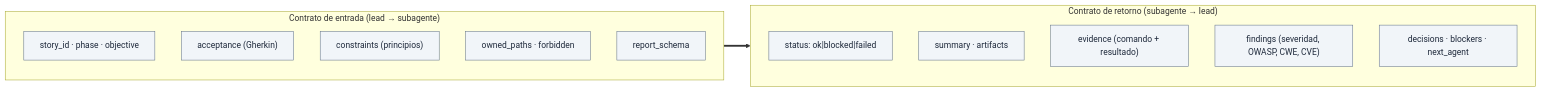
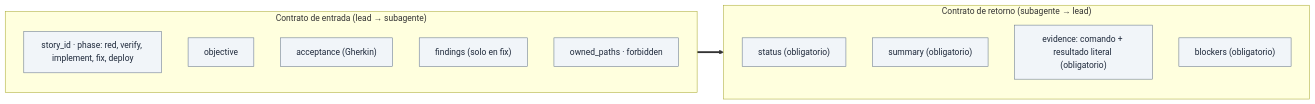
One commit to JairoHGomezCastillo/hubx changed the fourth of 5 diagrams in docs/diagramas/05-flujos-agenticos.md. Above: the diagram before and after it, drawn with Mermaid. The commit also changed other lines of this file and 6 other files, not shown here.

Commit message:
[agent:hubx-lead] 011 update docs/diagramas to the current state

````diff
--- a/docs/diagramas/05-flujos-agenticos.md
+++ b/docs/diagramas/05-flujos-agenticos.md
@@ -105,21 +122,20 @@
 ```mermaid
 flowchart LR
     subgraph IN["Contrato de entrada (lead → subagente)"]
-        I1["story_id · phase · objective"]
-        I2["acceptance (Gherkin)"]
-        I3["constraints (principios)"]
-        I4["owned_paths · forbidden"]
-        I5["report_schema"]
+        I1["story_id · phase: red, verify, implement, fix, deploy"]
+        I2["objective"]
+        I3["acceptance (Gherkin)"]
+        I4["findings (solo en fix)"]
+        I5["owned_paths · forbidden"]
     end
     subgraph OUT["Contrato de retorno (subagente → lead)"]
-        O1["status: ok|blocked|failed"]
-        O2["summary · artifacts"]
-        O3["evidence (comando + resultado)"]
-        O4["findings (severidad, OWASP, CWE, CVE)"]
-        O5["decisions · blockers · next_agent"]
+        O1["status (obligatorio)"]
+        O2["summary (obligatorio)"]
+        O3["evidence: comando + resultado literal (obligatorio)"]
+        O4["blockers (obligatorio)"]
     end
     IN ==> OUT
 
     classDef io fill:#f1f5f9,stroke:#64748b,color:#1e293b;
-    class I1,I2,I3,I4,I5,O1,O2,O3,O4,O5 io;
+    class I1,I2,I3,I4,I5,O1,O2,O3,O4 io;
 ```
````
